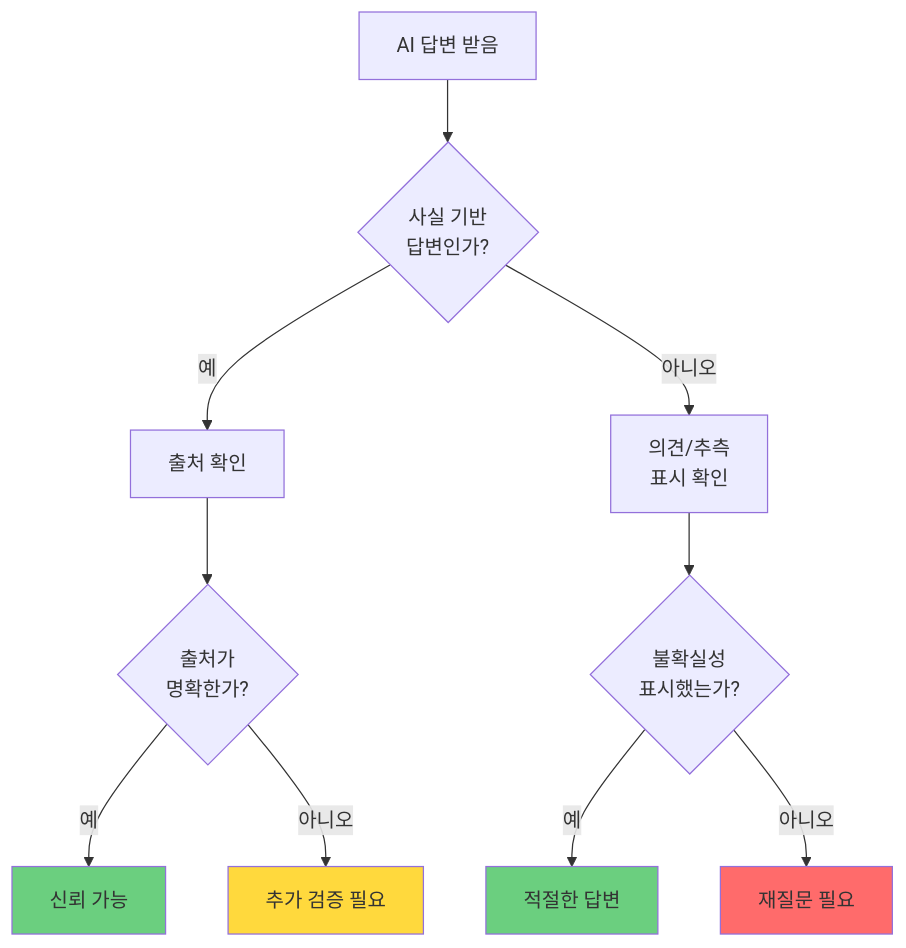
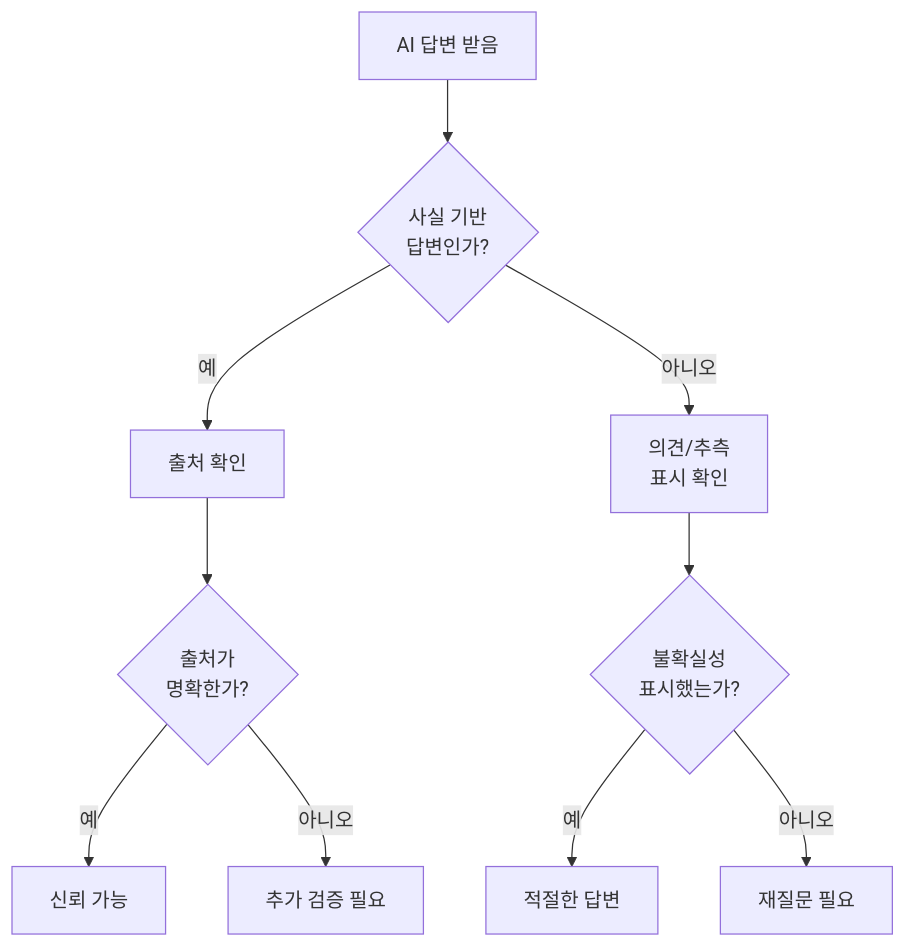
One commit to nugurejeil/weniVooks changed the second of 4 diagrams in _md/essentials-vibecoding/chapter04/04-4.md. Above: the diagram before and after it, drawn with Mermaid. The commit also changed other lines of this file and 187 other files, not shown here.

````diff
--- a/_md/essentials-vibecoding/chapter04/04-4.md
+++ b/_md/essentials-vibecoding/chapter04/04-4.md
@@ -139,19 +133,14 @@
 ```mermaid
 flowchart TD
-    A[AI 답변 받음] --> B{사실 기반<br/>답변인가?}
-    B -->|예| C[출처 확인]
-    B -->|아니오| D[의견/추측<br/>표시 확인]
+    A["AI 답변 받음"] --> B{"사실 기반<br/>답변인가?"}
+    B -->|예| C["출처 확인"]
+    B -->|아니오| D["의견/추측<br/>표시 확인"]
 
-    C --> E{출처가<br/>명확한가?}
-    E -->|예| F[신뢰 가능]
-    E -->|아니오| G[추가 검증 필요]
+    C --> E{"출처가<br/>명확한가?"}
+    E -->|예| F["신뢰 가능"]
+    E -->|아니오| G["추가 검증 필요"]
 
-    D --> H{불확실성<br/>표시했는가?}
-    H -->|예| I[적절한 답변]
-    H -->|아니오| J[재질문 필요]
-
-    style F fill:#6bcf7f
-    style I fill:#6bcf7f
-    style G fill:#ffd93d
-    style J fill:#ff6b6b
+    D --> H{"불확실성<br/>표시했는가?"}
+    H -->|예| I["적절한 답변"]
+    H -->|아니오| J["재질문 필요"]
 ```
````
